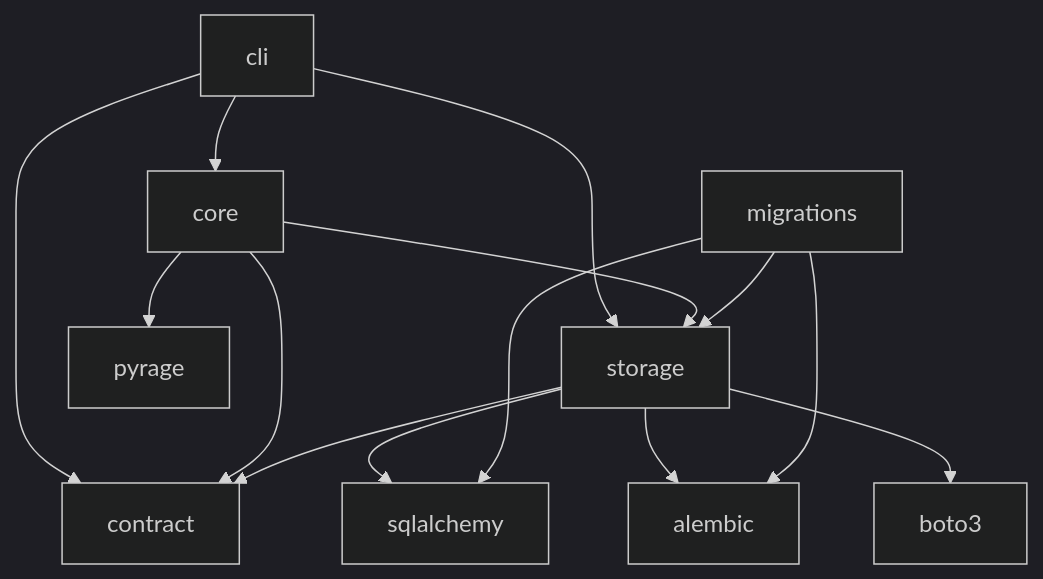
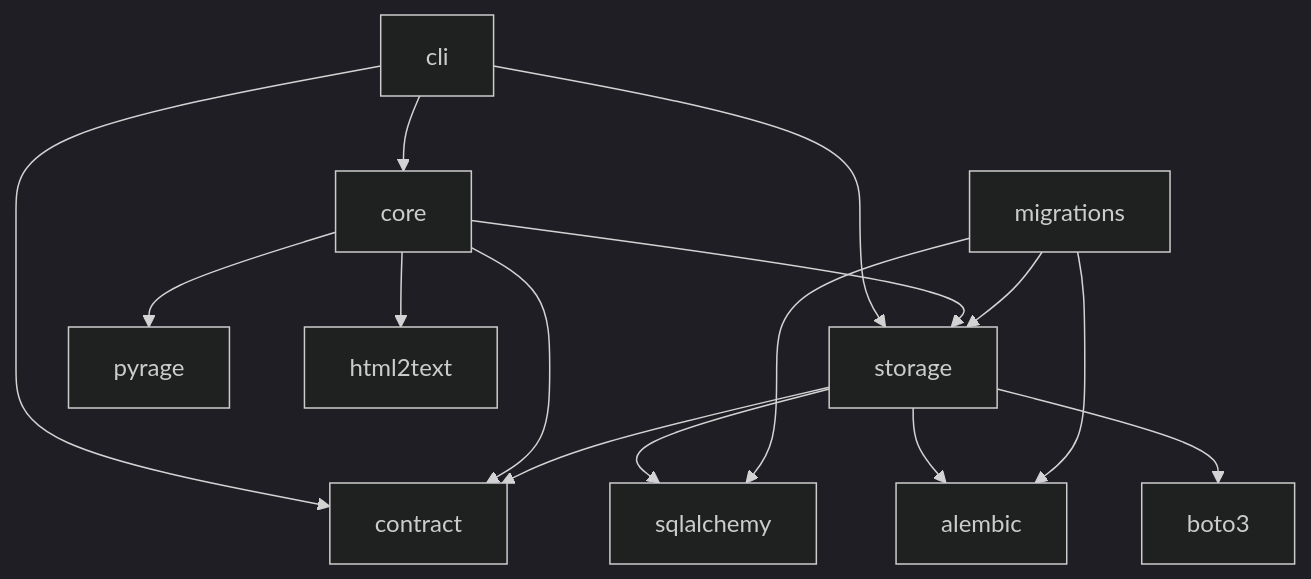
One commit to jensens/previously changed the diagram in docs/explanation/module-boundaries.md. Above: the diagram before and after it, drawn with Mermaid (dark theme). The commit also changed other lines of this file and 37 other files, not shown here.

````diff
--- a/docs/explanation/module-boundaries.md
+++ b/docs/explanation/module-boundaries.md
@@ -26,18 +26,19 @@
 ```{mermaid}
-:caption: The import edges on 2026-10-05: seven between its own modules, and not one of them exempted. Six arrows leave the package.
+:caption: The import edges on 2026-10-06: seven between its own modules, and not one of them exempted. Seven arrows leave the package.
 
 graph TD
     cli[cli] --> core[core]
     cli --> storage[storage]
     cli --> contract[contract]
     core --> storage
     core --> contract
     migrations[migrations] --> storage
     storage --> contract
     storage --> sqlalchemy[sqlalchemy]
     storage --> alembic[alembic]
     migrations --> sqlalchemy
     migrations --> alembic
     core --> pyrage[pyrage]
     storage --> boto3[boto3]
+    core --> html2text[html2text]
 ```
````
